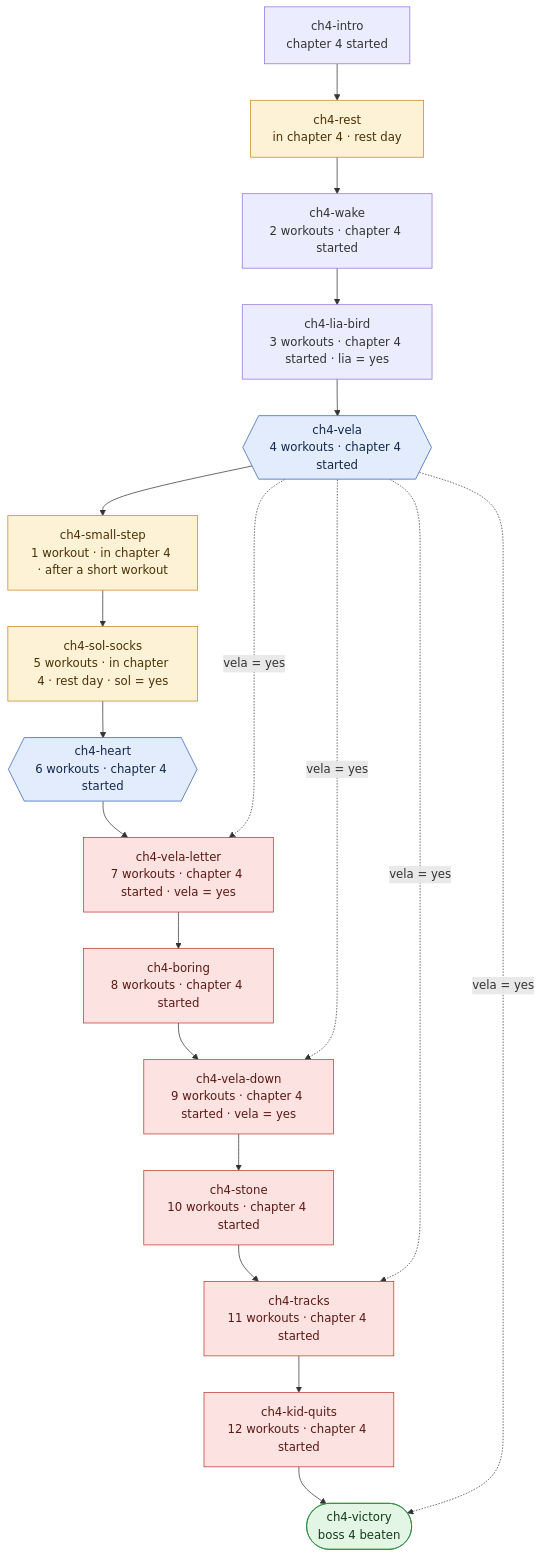
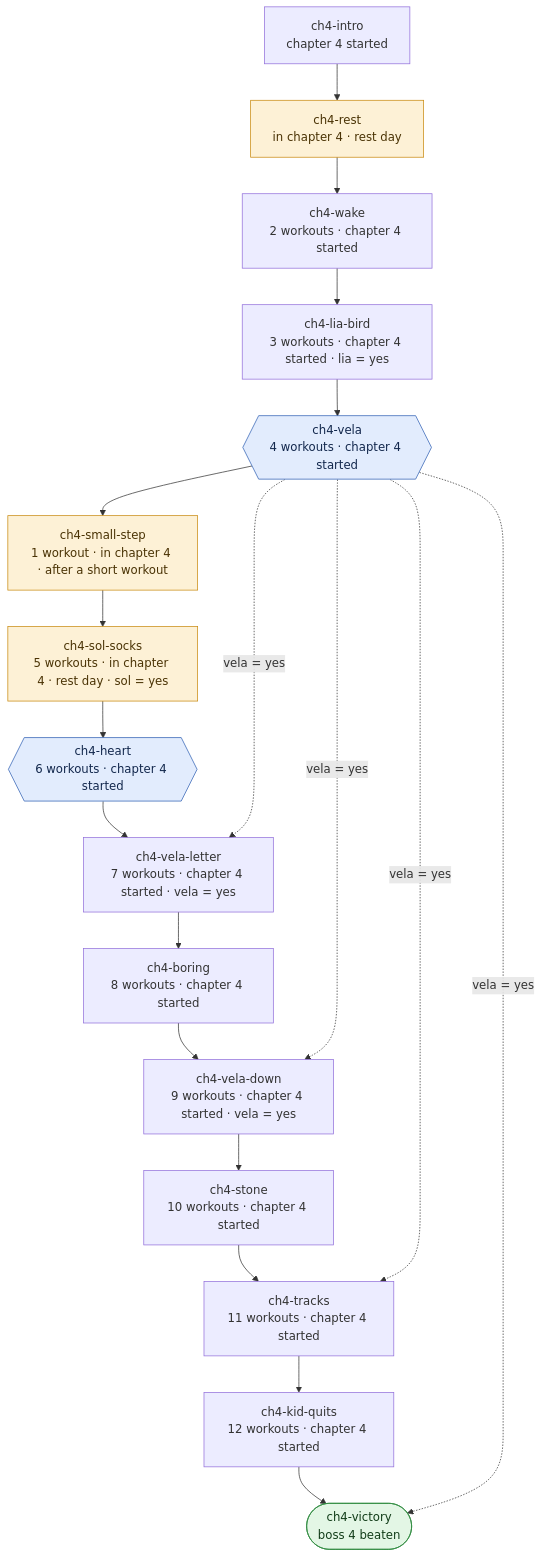
Diagram 15 of 17 in src/story/graph.md (damicoedoardo/calisthenics-quest), drawn with Mermaid before and after one commit. The commit also changed other lines of this file and 14 other files, not shown here.

First line of the commit message:
Story catches up when a boss falls early, and the graph test holds it

````diff
--- a/src/story/graph.md
+++ b/src/story/graph.md
@@ -514,52 +433,46 @@
 ```mermaid
 flowchart TD
   ch4_intro["ch4-intro<br/>chapter 4 started"]
   ch4_rest["ch4-rest<br/>in chapter 4 · rest day"]
   ch4_wake["ch4-wake<br/>2 workouts · chapter 4 started"]
   ch4_lia_bird["ch4-lia-bird<br/>3 workouts · chapter 4 started · lia = yes"]
   ch4_vela{{"ch4-vela<br/>4 workouts · chapter 4 started"}}
   ch4_small_step["ch4-small-step<br/>1 workout · in chapter 4 · after a short workout"]
   ch4_sol_socks["ch4-sol-socks<br/>5 workouts · in chapter 4 · rest day · sol = yes"]
   ch4_heart{{"ch4-heart<br/>6 workouts · chapter 4 started"}}
   ch4_vela_letter["ch4-vela-letter<br/>7 workouts · chapter 4 started · vela = yes"]
   ch4_boring["ch4-boring<br/>8 workouts · chapter 4 started"]
   ch4_vela_down["ch4-vela-down<br/>9 workouts · chapter 4 started · vela = yes"]
   ch4_stone["ch4-stone<br/>10 workouts · chapter 4 started"]
   ch4_tracks["ch4-tracks<br/>11 workouts · chapter 4 started"]
   ch4_kid_quits["ch4-kid-quits<br/>12 workouts · chapter 4 started"]
   ch4_victory(["ch4-victory<br/>boss 4 beaten"])
   ch4_intro --> ch4_rest
   ch4_rest --> ch4_wake
   ch4_wake --> ch4_lia_bird
   ch4_lia_bird --> ch4_vela
   ch4_vela --> ch4_small_step
   ch4_small_step --> ch4_sol_socks
   ch4_sol_socks --> ch4_heart
   ch4_heart --> ch4_vela_letter
   ch4_vela_letter --> ch4_boring
   ch4_boring --> ch4_vela_down
   ch4_vela_down --> ch4_stone
   ch4_stone --> ch4_tracks
   ch4_tracks --> ch4_kid_quits
   ch4_kid_quits --> ch4_victory
   ch4_vela -.->|"vela = yes"| ch4_vela_letter
   ch4_vela -.->|"vela = yes"| ch4_vela_down
   ch4_vela -.->|"vela = yes"| ch4_tracks
   ch4_vela -.->|"vela = yes"| ch4_victory
   classDef lost fill:#fde2e2,stroke:#c0392b,color:#5b1a12
   classDef only fill:#fdf1d6,stroke:#c98a10,color:#4a3305
   classDef ask fill:#e2ecfd,stroke:#2f5fb3,color:#13284d
   classDef done fill:#e3f6e5,stroke:#2e8b3e,color:#123d19
   class ch4_vela ask
   class ch4_sol_socks only
   class ch4_heart ask
-  class ch4_vela_letter lost
-  class ch4_boring lost
-  class ch4_vela_down lost
-  class ch4_stone lost
-  class ch4_tracks lost
-  class ch4_kid_quits lost
   class ch4_small_step only
   class ch4_rest only
   class ch4_victory done
 ```
````
